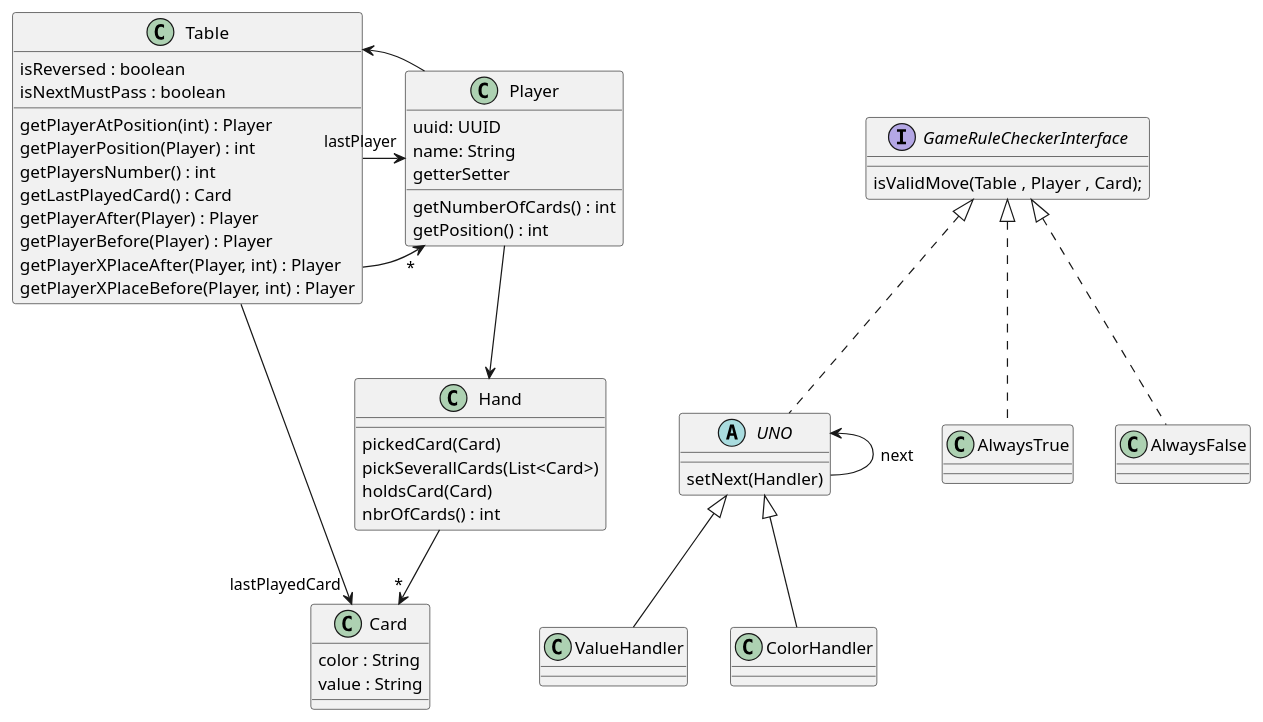
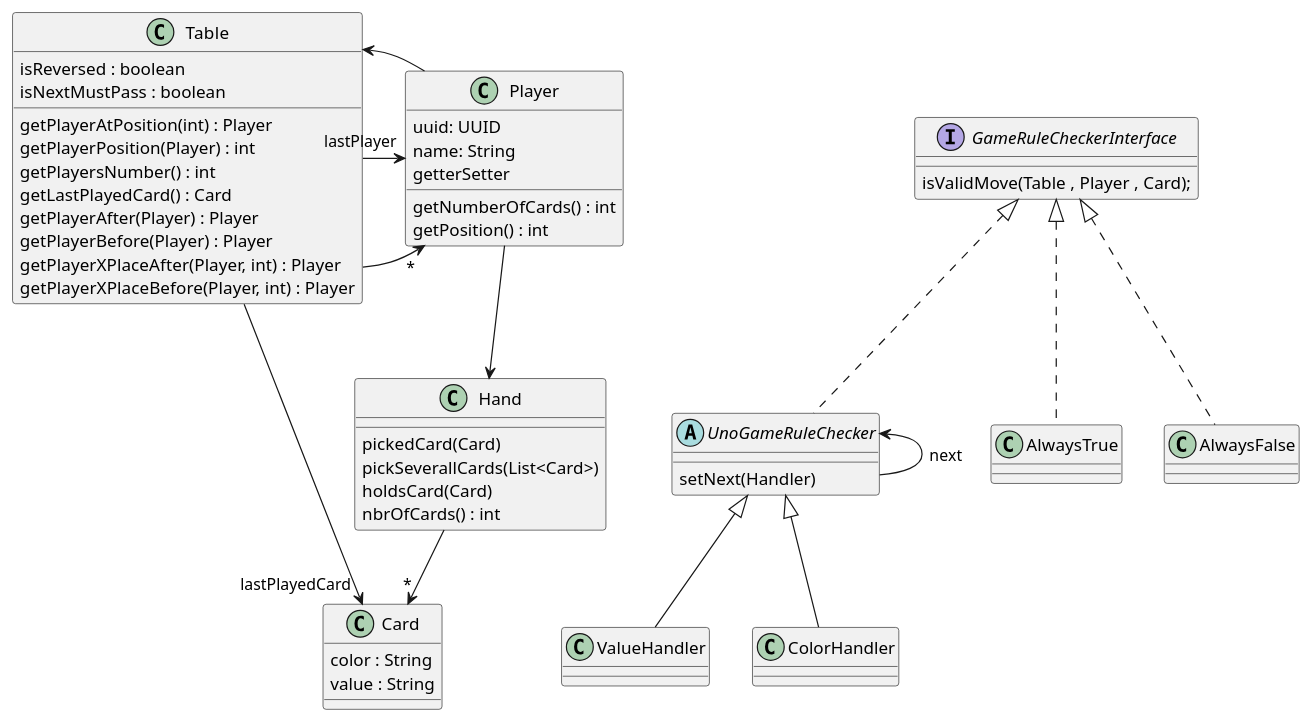
Before and after one commit to florentBourgeois/2025-ENSISA-ArchiObjet: the diagram in src/mini_Uno/basesDuprojet.puml, drawn with PlantUML. The commit also changed 5 other files, not shown here.

```diff
--- a/src/mini_Uno/basesDuprojet.puml
+++ b/src/mini_Uno/basesDuprojet.puml
@@ -1,73 +1,73 @@
 @startuml
 
 
 class Table {
     isReversed : boolean
     isNextMustPass : boolean
     getPlayerAtPosition(int) : Player
     getPlayerPosition(Player) : int
     getPlayersNumber() : int
     getLastPlayedCard() : Card
     getPlayerAfter(Player) : Player
     getPlayerBefore(Player) : Player
     getPlayerXPlaceAfter(Player, int) : Player
     getPlayerXPlaceBefore(Player, int) : Player
 }
 
 
 
 
 
 class Hand{
     pickedCard(Card)
     pickSeverallCards(List<Card>)
     holdsCard(Card)
     nbrOfCards() : int
 }
 
 class Player{
     uuid: UUID
     name: String
     getNumberOfCards() : int
     getPosition() : int
     getterSetter
 }
 
 class Card{
     color : String
     value : String
 }
 
 interface GameRuleCheckerInterface {
      isValidMove(Table , Player , Card);
 }
 
 
 
 Table -> "*" Player
 Table -> "lastPlayer" Player
 Table --> "lastPlayedCard" Card
 Player -> Table
 
 
 Player --> Hand
 Hand --> "*" Card
 
-abstract class UNO{
+abstract class UnoGameRuleChecker{
     setNext(Handler)
 }
 
-UNO <- UNO : next
-UNO <|-- ValueHandler
-UNO <|-- ColorHandler
+UnoGameRuleChecker <- UnoGameRuleChecker : next
+UnoGameRuleChecker <|-- ValueHandler
+UnoGameRuleChecker <|-- ColorHandler
 
 
 
 
 GameRuleCheckerInterface <|.. AlwaysTrue
 GameRuleCheckerInterface <|.. AlwaysFalse
-GameRuleCheckerInterface <|.. UNO
+GameRuleCheckerInterface <|.. UnoGameRuleChecker
 
 
 
 @enduml
```
